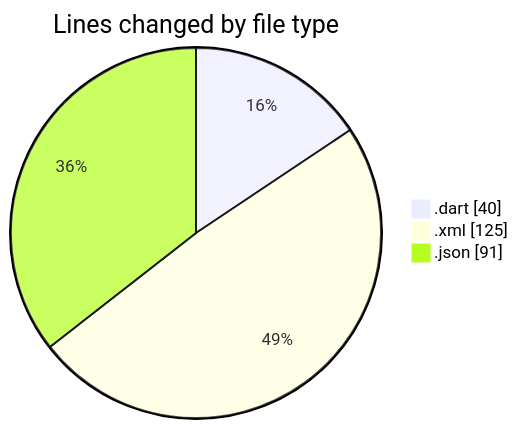
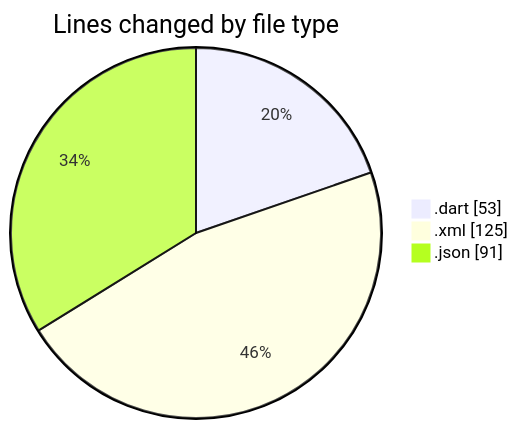
The first of 2 diagrams in 2025-02-20/uber_clone/README.md (donsfak/code-tracking), drawn with Mermaid before and after one commit. The commit also changed other lines of this file and 1 other file, not shown here.

````diff
--- a/2025-02-20/uber_clone/README.md
+++ b/2025-02-20/uber_clone/README.md
@@ -23,7 +23,7 @@
 ```mermaid
 pie showData
 title Lines changed by file type
-".dart" : 40
+".dart" : 53
 ".xml" : 125
 ".json" : 91
 ```
````
